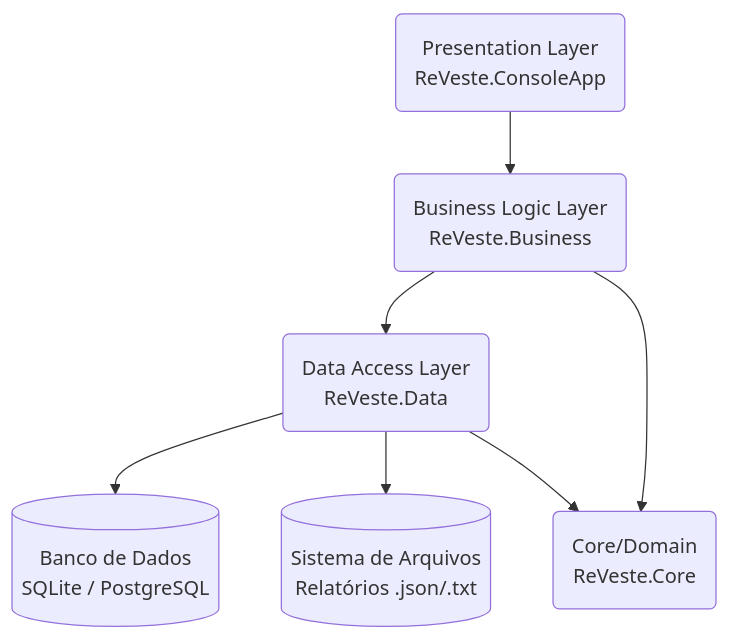
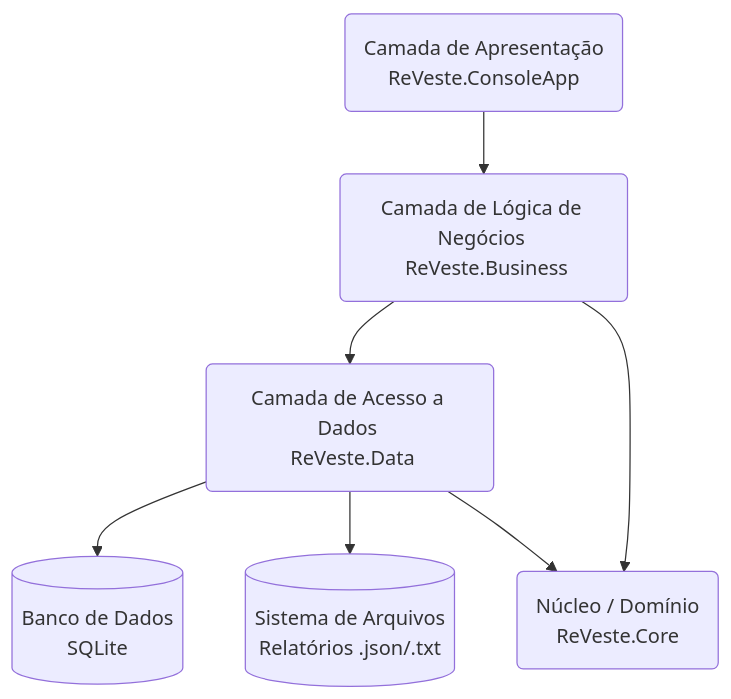
Before and after one commit to fabriziomaia/projeto-reveste-csharp: the diagram in README.md, drawn with Mermaid.

Commit message:
Atualiza README.md

````diff
--- a/README.md
+++ b/README.md
@@ -67,9 +67,9 @@
 ```mermaid
 graph TD
-    UI(Presentation Layer <br> ReVeste.ConsoleApp) --> BLL(Business Logic Layer <br> ReVeste.Business)
-    BLL --> DAL(Data Access Layer <br> ReVeste.Data)
-    DAL --> DB[(Banco de Dados <br> SQLite / PostgreSQL)]
+    UI(Camada de Apresentação <br> ReVeste.ConsoleApp) --> BLL(Camada de Lógica de Negócios <br> ReVeste.Business)
+    BLL --> DAL(Camada de Acesso a Dados <br> ReVeste.Data)
+    DAL --> DB[(Banco de Dados <br> SQLite)]
     DAL --> FS[(Sistema de Arquivos <br> Relatórios .json/.txt)]
-    BLL --> Core(Core/Domain <br> ReVeste.Core)
+    BLL --> Core(Núcleo / Domínio <br> ReVeste.Core)
     DAL --> Core
 ```
````
